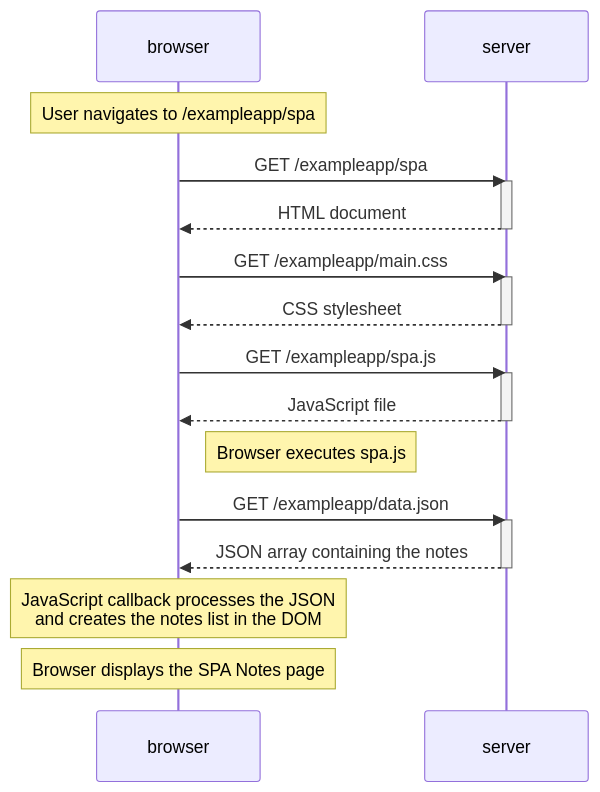
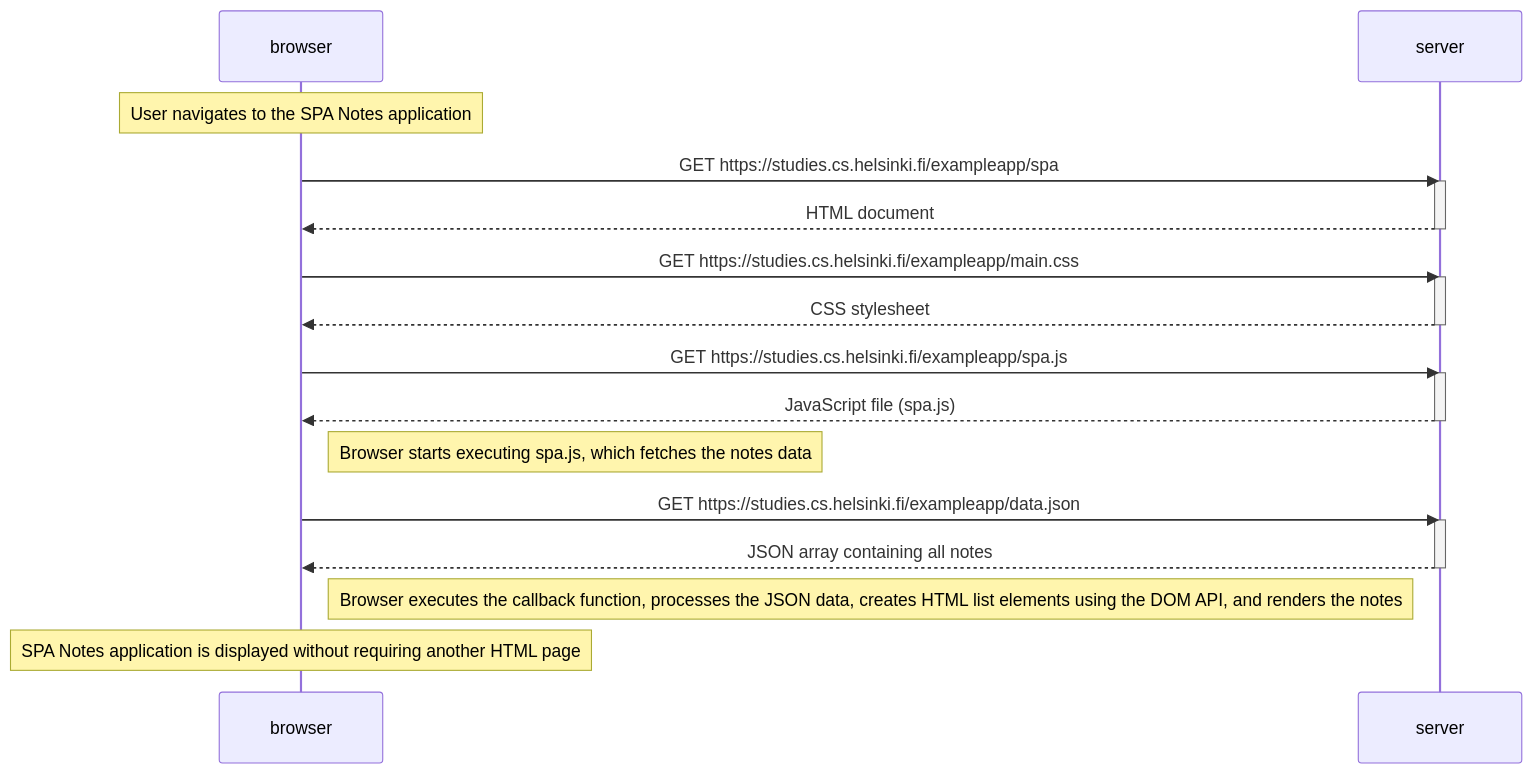
Before and after one commit to Nitant06/full-stack-open: the diagram in part-0-fundamentals/exercises/0.5.md, drawn with Mermaid. The commit also changed other lines of this file and 2 other files, not shown here.

Commit message:
Improve Part 0 exercise diagrams

````diff
--- a/part-0-fundamentals/exercises/0.5.md
+++ b/part-0-fundamentals/exercises/0.5.md
@@ -5,30 +5,33 @@
 ```mermaid
 sequenceDiagram
     participant browser
     participant server
 
-    Note over browser: User navigates to /exampleapp/spa
-    browser->>server: GET /exampleapp/spa
+    Note over browser: User navigates to the SPA Notes application
+
+    browser->>server: GET https://studies.cs.helsinki.fi/exampleapp/spa
     activate server
     server-->>browser: HTML document
     deactivate server
 
-    browser->>server: GET /exampleapp/main.css
+    browser->>server: GET https://studies.cs.helsinki.fi/exampleapp/main.css
     activate server
     server-->>browser: CSS stylesheet
     deactivate server
 
-    browser->>server: GET /exampleapp/spa.js
+    browser->>server: GET https://studies.cs.helsinki.fi/exampleapp/spa.js
     activate server
-    server-->>browser: JavaScript file
+    server-->>browser: JavaScript file (spa.js)
     deactivate server
 
-    Note right of browser: Browser executes spa.js
-    browser->>server: GET /exampleapp/data.json
+    Note right of browser: Browser starts executing spa.js, which fetches the notes data
+
+    browser->>server: GET https://studies.cs.helsinki.fi/exampleapp/data.json
     activate server
-    server-->>browser: JSON array containing the notes
+    server-->>browser: JSON array containing all notes
     deactivate server
 
-    Note over browser: JavaScript callback processes the JSON<br/>and creates the notes list in the DOM
-    Note over browser: Browser displays the SPA Notes page
+    Note right of browser: Browser executes the callback function, processes the JSON data, creates HTML list elements using the DOM API, and renders the notes
+
+    Note over browser: SPA Notes application is displayed without requiring another HTML page
 ```
````
